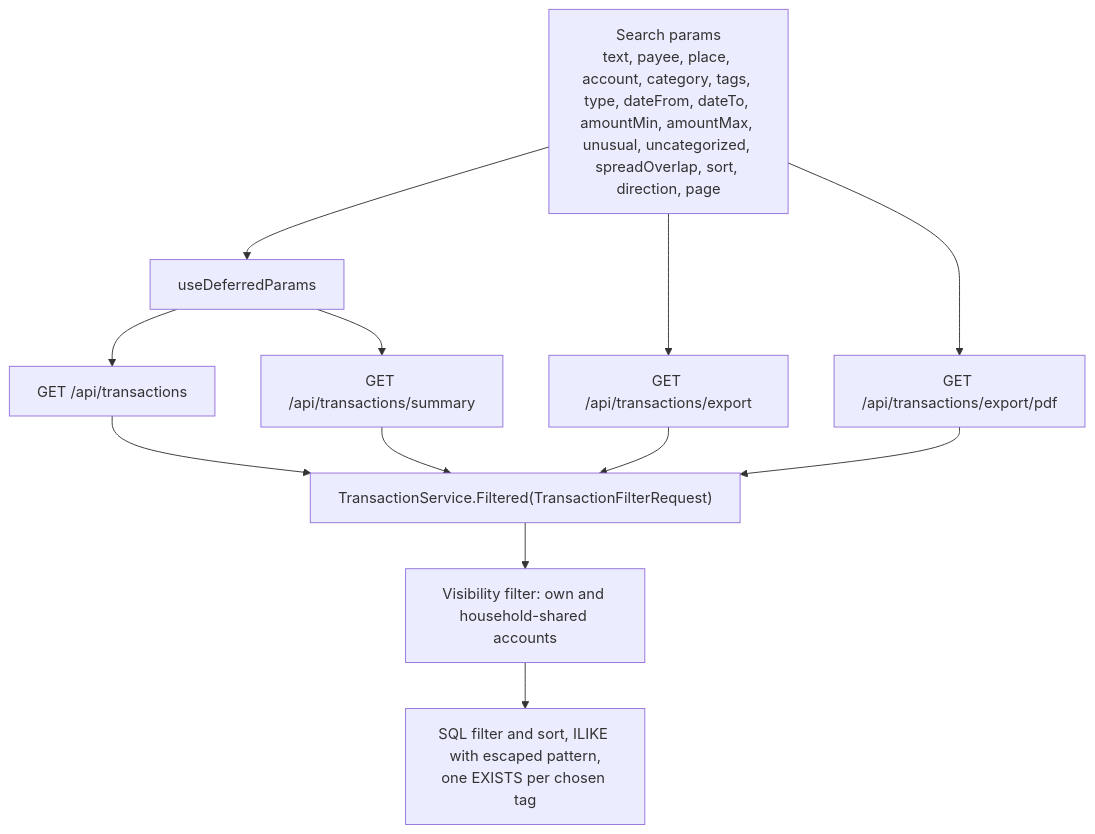
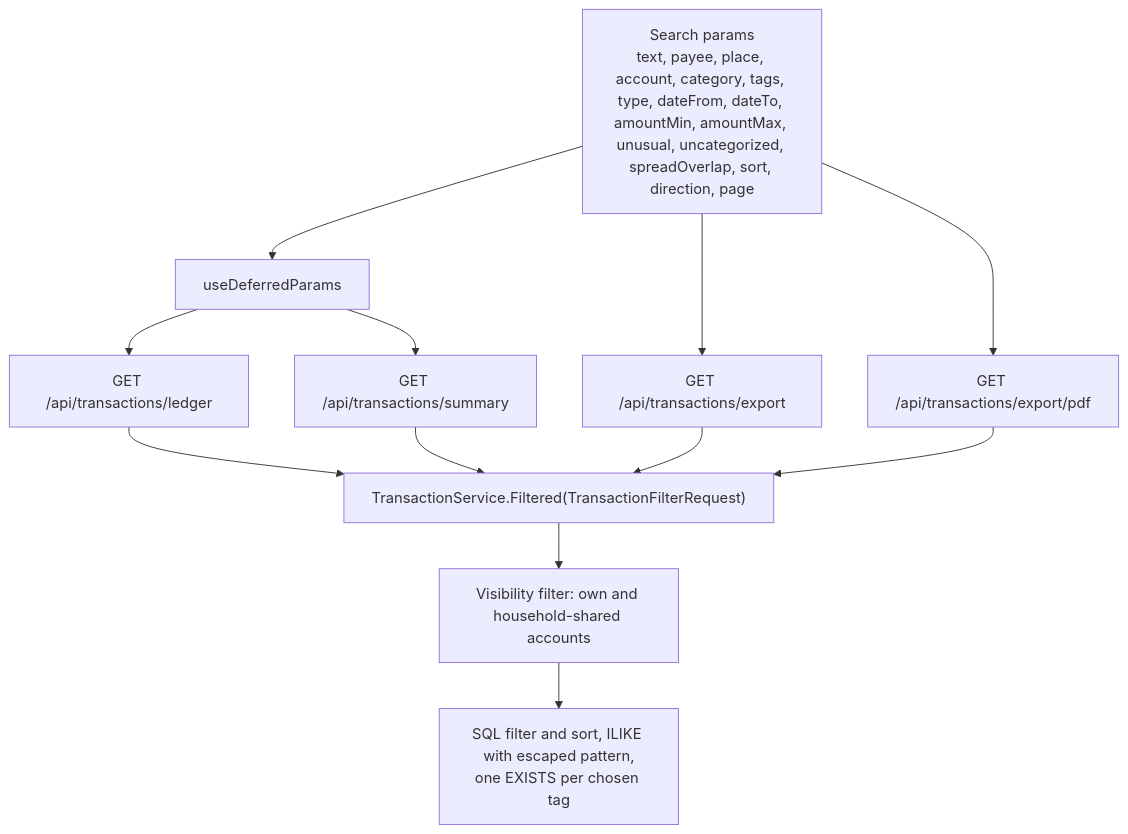
Before and after one commit to Justxs/Jx-Finance: the first of 5 diagrams in docs/features/transactions.md, drawn with Mermaid. The commit also changed other lines of this file and 152 other files, not shown here.

First line of the commit message:
feat(transactions): fold related rows into a group in the ledger

````diff
--- a/docs/features/transactions.md
+++ b/docs/features/transactions.md
@@ -7,14 +7,14 @@
 ```mermaid
 flowchart TD
     Url["Search params<br/>text, payee, place, account, category, tags, type, dateFrom, dateTo, amountMin, amountMax, unusual, uncategorized, spreadOverlap, sort, direction, page"] --> Defer["useDeferredParams"]
-    Defer --> List["GET /api/transactions"]
+    Defer --> List["GET /api/transactions/ledger"]
     Defer --> Summary["GET /api/transactions/summary"]
     Url --> Csv["GET /api/transactions/export"]
     Url --> Pdf["GET /api/transactions/export/pdf"]
     List --> F["TransactionService.Filtered(TransactionFilterRequest)"]
     Summary --> F
     Csv --> F
     Pdf --> F
     F --> Vis["Visibility filter: own and household-shared accounts"]
     Vis --> Sql["SQL filter and sort, ILIKE with escaped pattern,<br/>one EXISTS per chosen tag"]
 ```
````
